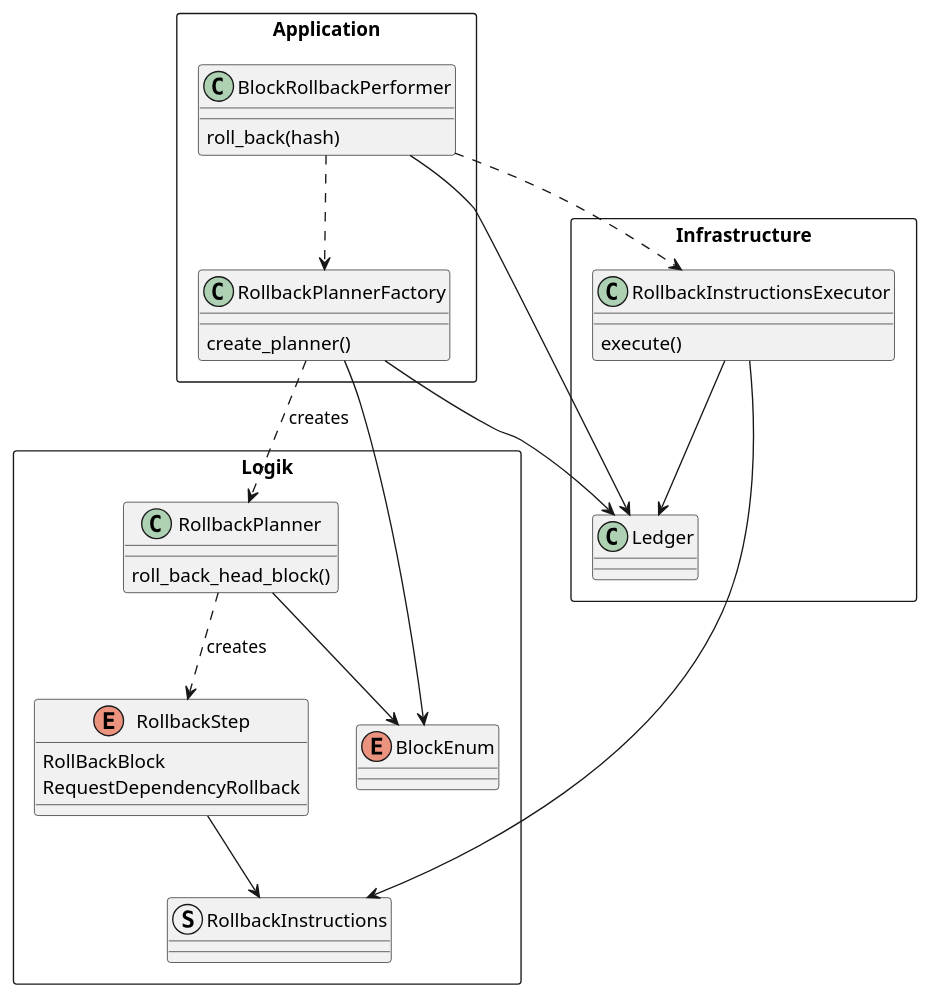
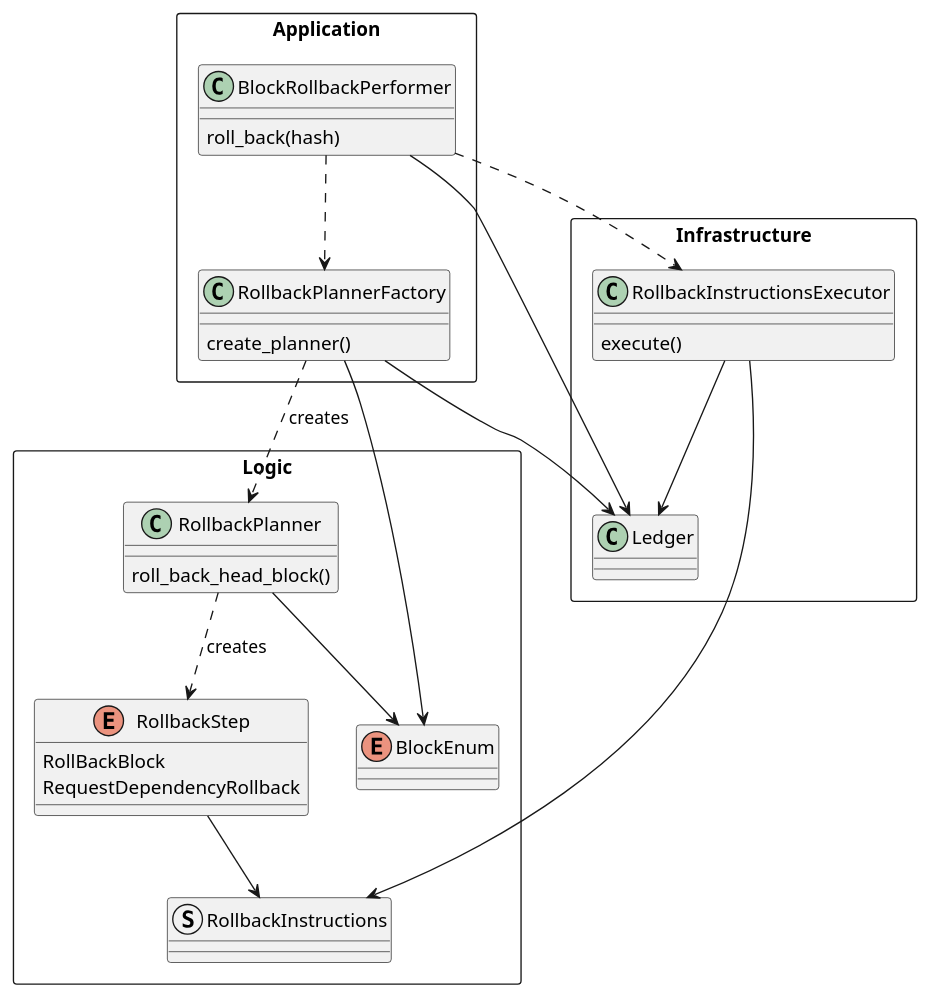
The diagram in rust/doc/block_rollback.puml (stjet/rsban-node), drawn with PlantUML before and after one commit. The commit also changed 1 other file, not shown here.

Commit message:
Fix typo in uml diagrams

```diff
--- a/rust/doc/block_rollback.puml
+++ b/rust/doc/block_rollback.puml
@@ -1,43 +1,43 @@
 @startuml Block Rollback
-package Logik <<Rectangle>>{
+package Logic <<Rectangle>>{
     enum RollbackStep{
         RollBackBlock
         RequestDependencyRollback
     }
     struct RollbackInstructions
     enum BlockEnum
     class RollbackPlanner{
         roll_back_head_block()
     }
 }
 
 package Infrastructure <<Rectangle>>{
     class RollbackInstructionsExecutor{
         execute()
     }
     class Ledger
 }
 
 package Application <<Rectangle>>{
     class BlockRollbackPerformer{
         roll_back(hash)
     }
     class RollbackPlannerFactory{
         create_planner()
     }
 
 }
 
 RollbackInstructionsExecutor --> Ledger
 RollbackInstructionsExecutor --> RollbackInstructions
 RollbackPlannerFactory --> Ledger
 RollbackPlannerFactory --> BlockEnum
 RollbackPlannerFactory ..> RollbackPlanner: creates
 RollbackStep --> RollbackInstructions
 RollbackPlanner ..> RollbackStep: creates
 RollbackPlanner --> BlockEnum
 BlockRollbackPerformer --> Ledger
 BlockRollbackPerformer ..> RollbackPlannerFactory
 BlockRollbackPerformer ..> RollbackInstructionsExecutor
 
 @enduml
```
